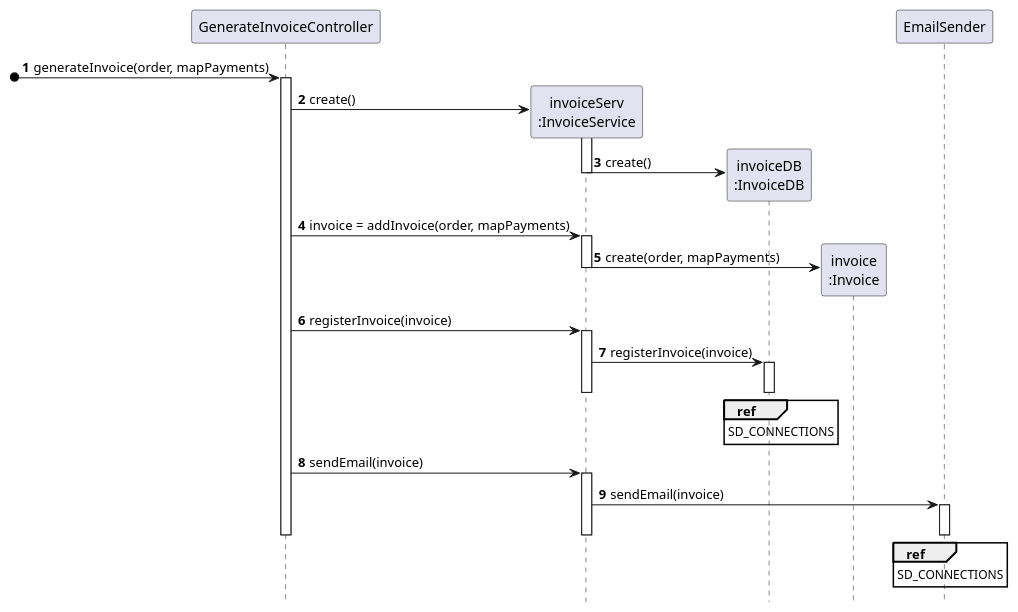
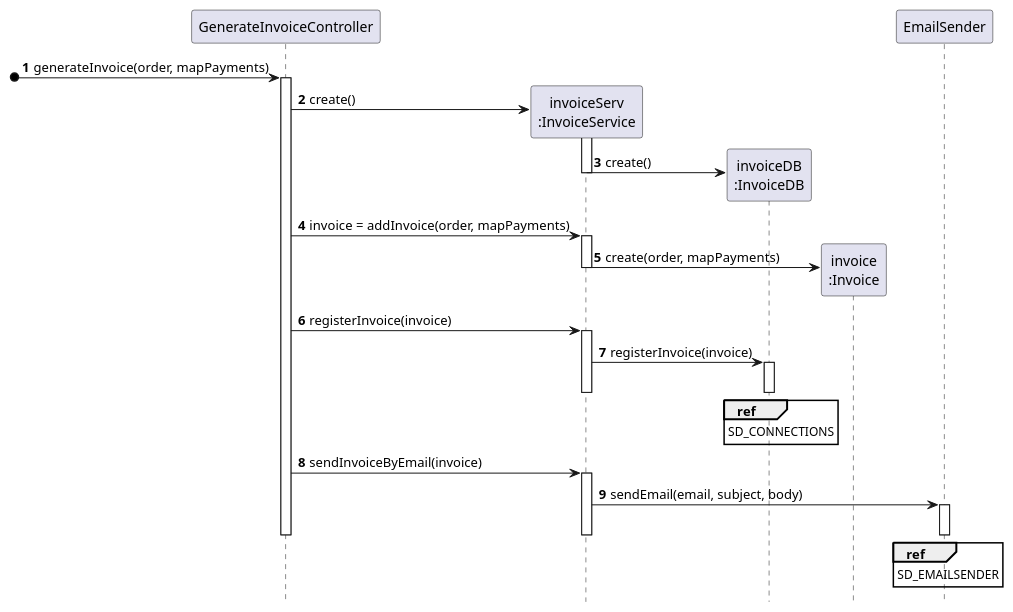
The diagram in docs/Iteration 2/Make An Order/Refinement/US26_GenerateInvoice/US26_SD.puml (tiagoavcosta25/LAPR3), drawn with PlantUML before and after one commit. The commit also changed 43 other files, not shown here.

```diff
--- a/docs/Iteration 2/Make An Order/Refinement/US26_GenerateInvoice/US26_SD.puml
+++ b/docs/Iteration 2/Make An Order/Refinement/US26_GenerateInvoice/US26_SD.puml
@@ -1,45 +1,45 @@
 @startuml
 autonumber
 hide footbox
 
 participant "GenerateInvoiceController" as CTRL
 participant "invoiceServ\n:InvoiceService" as IS
 participant "invoiceDB\n:InvoiceDB" as IDB
 participant "invoice\n:Invoice" as I
 participant "EmailSender" as E
 
 [o-> CTRL : generateInvoice(order, mapPayments)
 activate CTRL
 
 CTRL -> IS** : create()
 activate IS
 IS -> IDB** : create()
 deactivate IS
 
 CTRL -> IS : invoice = addInvoice(order, mapPayments)
 activate IS
 IS -> I** : create(order, mapPayments)
 deactivate IS
 
 CTRL -> IS : registerInvoice(invoice)
 activate IS
 IS -> IDB : registerInvoice(invoice)
 activate IDB
 ref over IDB
 SD_CONNECTIONS
 end ref
 deactivate IDB
 deactivate IS
 
-CTRL -> IS : sendEmail(invoice)
+CTRL -> IS : sendInvoiceByEmail(invoice)
 activate IS
-IS -> E : sendEmail(invoice)
+IS -> E : sendEmail(email, subject, body)
 activate E
 ref over E
-SD_CONNECTIONS
+SD_EMAILSENDER
 end ref
 deactivate E
 deactivate IS
 deactivate CTRL
 
 @enduml
```
